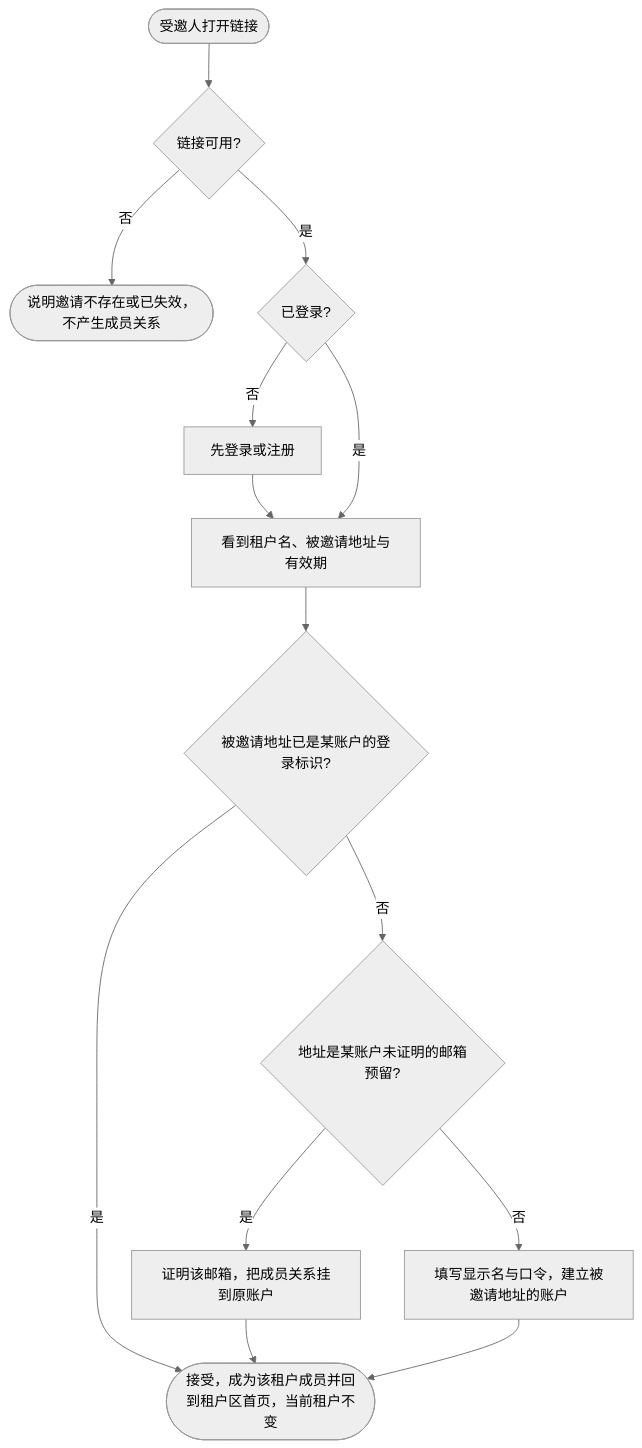
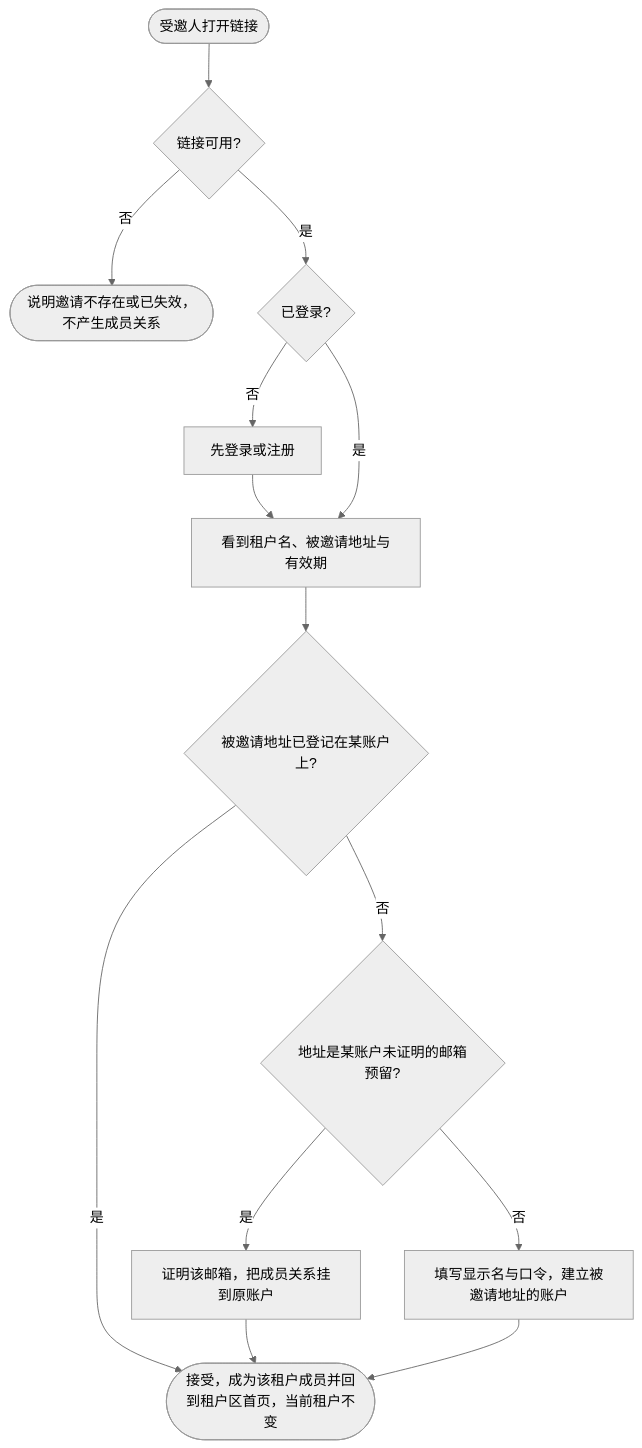
Before and after one commit to wangzw/speed: the diagram in docs/prd/journeys/journey-invitation-to-tenant.md, drawn with Mermaid (neutral theme). The commit also changed 50 other files, not shown here.

````diff
--- a/docs/prd/journeys/journey-invitation-to-tenant.md
+++ b/docs/prd/journeys/journey-invitation-to-tenant.md
@@ -36,13 +36,13 @@
 ```mermaid
 flowchart TD
     open([受邀人打开链接]) --> valid{链接可用?}
     valid -->|否| invalid([说明邀请不存在或已失效，不产生成员关系])
     valid -->|是| signed{已登录?}
     signed -->|否| login[先登录或注册] --> summary[看到租户名、被邀请地址与有效期]
     signed -->|是| summary
-    summary --> known{被邀请地址已是某账户的登录标识?}
+    summary --> known{被邀请地址已登记在某账户上?}
     known -->|是| joined([接受，成为该租户成员并回到租户区首页，当前租户不变])
     known -->|否| reserved{地址是某账户未证明的邮箱预留?}
     reserved -->|是| prove[证明该邮箱，把成员关系挂到原账户] --> joined
     reserved -->|否| create[填写显示名与口令，建立被邀请地址的账户] --> joined
 ```
````
